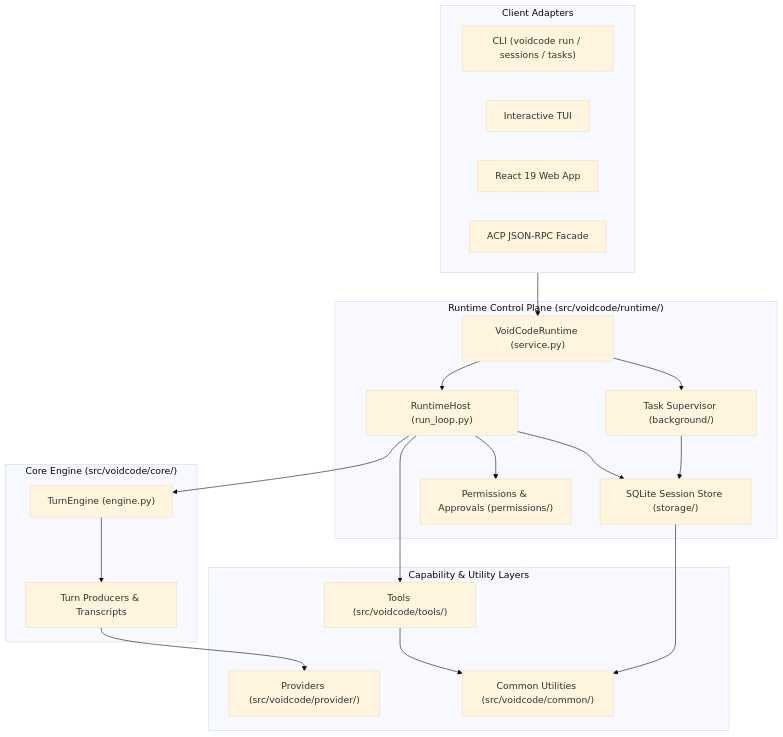
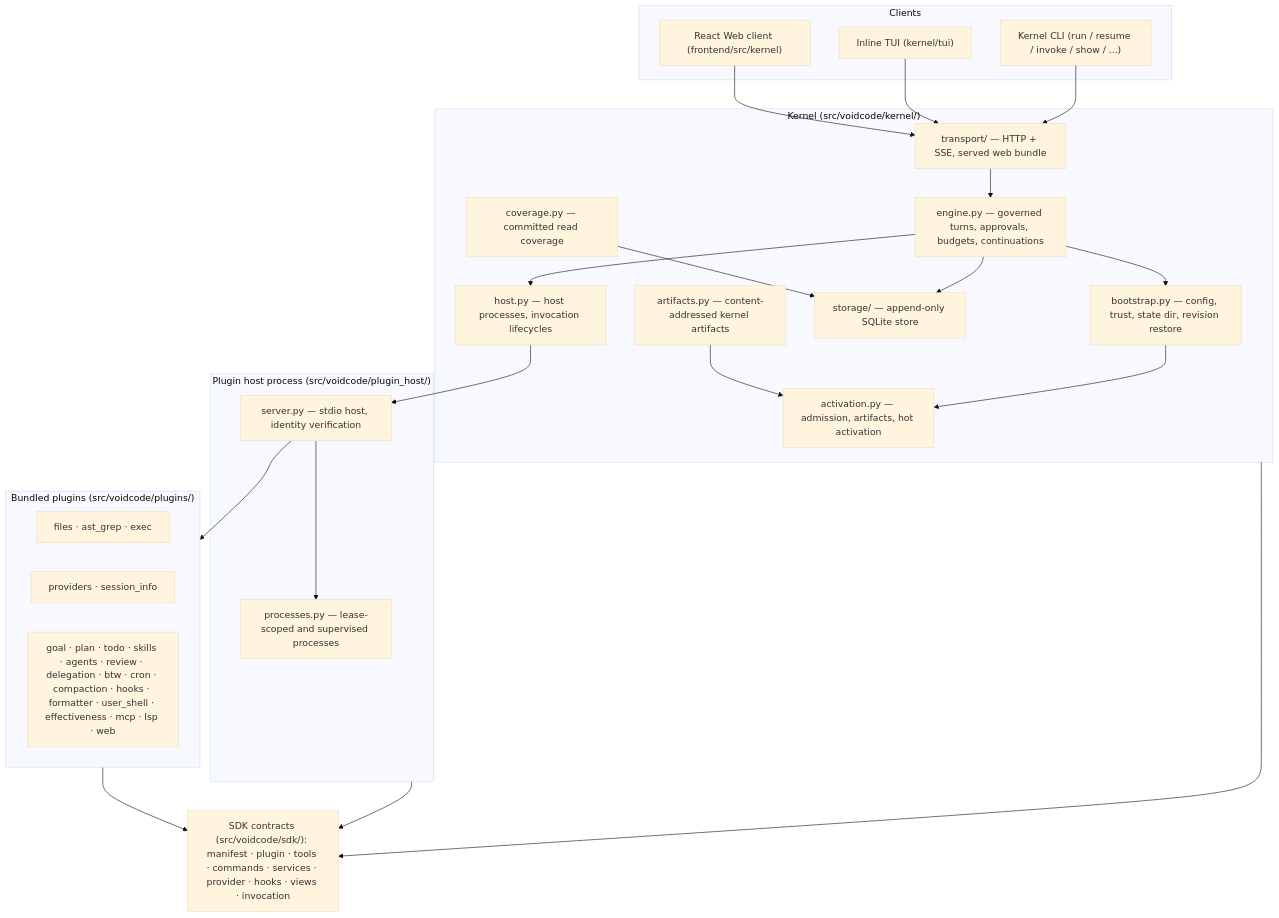
The diagram in docs/architecture.md (lei-jia-xing/voidcode), drawn with Mermaid (base theme) before and after one commit. The commit also changed other lines of this file and 980 other files, not shown here.

````diff
--- a/docs/architecture.md
+++ b/docs/architecture.md
@@ -21,41 +24,49 @@
 ```mermaid
 graph TD
-    subgraph Clients["Client Adapters"]
-        CLI["CLI (voidcode run / sessions / tasks)"]
-        TUI["Interactive TUI"]
-        Web["React 19 Web App"]
-        ACP["ACP JSON-RPC Facade"]
+    subgraph Clients["Clients"]
+        CLI["Kernel CLI (run / resume / invoke / show / ...)"]
+        TUI["Inline TUI (kernel/tui)"]
+        Web["React Web client (frontend/src/kernel)"]
     end
 
-    subgraph Runtime["Runtime Control Plane (src/voidcode/runtime/)"]
-        VR["VoidCodeRuntime (service.py)"]
-        Host["RuntimeHost (run_loop.py)"]
-        Storage["SQLite Session Store (storage/)"]
-        Perms["Permissions & Approvals (permissions/)"]
-        Supervisor["Task Supervisor (background/)"]
+    subgraph Kernel["Kernel (src/voidcode/kernel/)"]
+        Engine["engine.py — governed turns, approvals, budgets, continuations"]
+        Bootstrap["bootstrap.py — config, trust, state dir, revision restore"]
+        Activation["activation.py — admission, artifacts, hot activation"]
+        HostClient["host.py — host processes, invocation lifecycles"]
+        Storage["storage/ — append-only SQLite store"]
+        Transport["transport/ — HTTP + SSE, served web bundle"]
+        Artifacts["artifacts.py — content-addressed kernel artifacts"]
+        Coverage["coverage.py — committed read coverage"]
     end
 
-    subgraph Core["Core Engine (src/voidcode/core/)"]
-        TE["TurnEngine (engine.py)"]
-        Producers["Turn Producers & Transcripts"]
+    subgraph HostProcess["Plugin host process (src/voidcode/plugin_host/)"]
+        Stdio["server.py — stdio host, identity verification"]
+        Processes["processes.py — lease-scoped and supervised processes"]
     end
 
-    subgraph Capability["Capability & Utility Layers"]
-        Tools["Tools (src/voidcode/tools/)"]
-        Providers["Providers (src/voidcode/provider/)"]
-        Common["Common Utilities (src/voidcode/common/)"]
+    subgraph Plugins["Bundled plugins (src/voidcode/plugins/)"]
+        Files["files · ast_grep · exec"]
+        Model["providers · session_info"]
+        Product["goal · plan · todo · skills · agents · review · delegation · btw · cron · compaction · hooks · formatter · user_shell · effectiveness · mcp · lsp · web"]
     end
 
-    Clients --> VR
-    VR --> Host
-    Host --> TE
-    TE --> Producers
-    Host --> Perms
-    Host --> Tools
-    Host --> Storage
-    VR --> Supervisor
-    Supervisor --> Storage
-    Producers --> Providers
-    Tools --> Common
-    Storage --> Common
+    SDK["SDK contracts (src/voidcode/sdk/): manifest · plugin · tools · commands · services · provider · hooks · views · invocation"]
+
+    CLI --> Transport
+    TUI --> Transport
+    Web --> Transport
+    Transport --> Engine
+    Engine --> Bootstrap
+    Engine --> HostClient
+    Engine --> Storage
+    Bootstrap --> Activation
+    Artifacts --> Activation
+    Coverage --> Storage
+    HostClient --> Stdio
+    Stdio --> Processes
+    Stdio --> Plugins
+    Kernel --> SDK
+    HostProcess --> SDK
+    Plugins --> SDK
 ```
````
